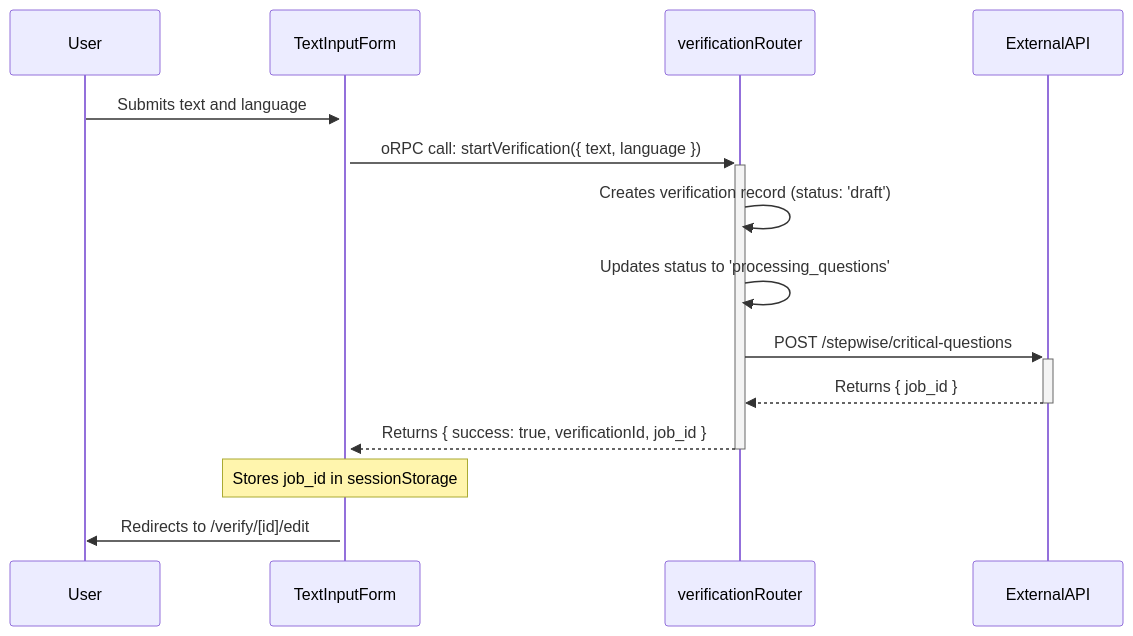
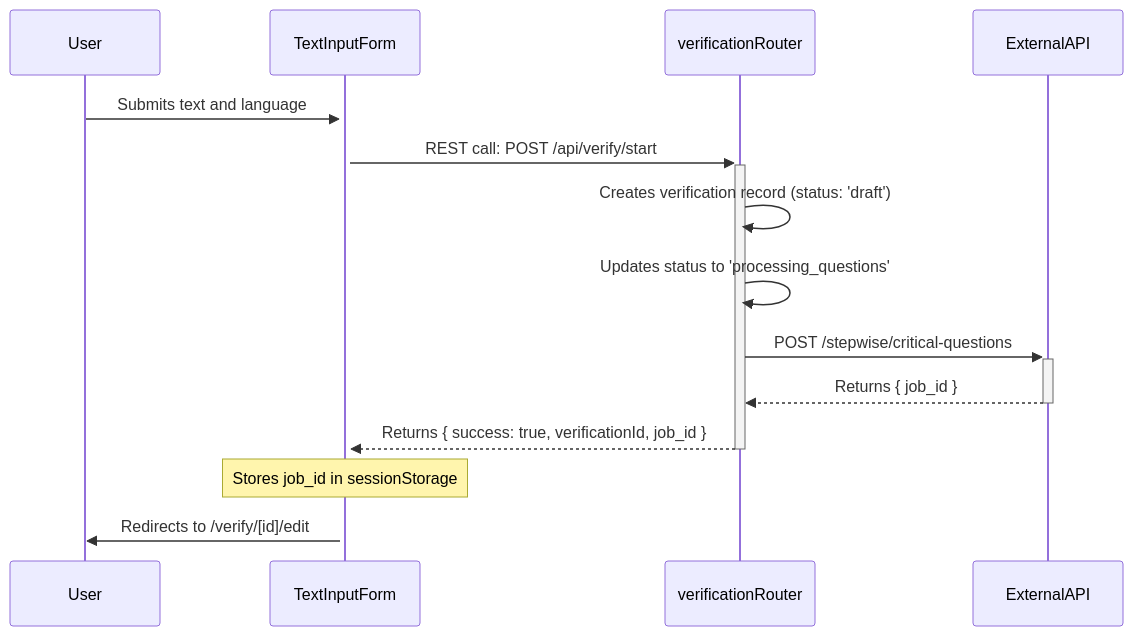
One commit to checkeapp-group/CheckeApp changed the first of 3 diagrams in docs/VERIFICATION.md. Above: the diagram before and after it, drawn with Mermaid. The commit also changed other lines of this file and 5 other files, not shown here.

Commit message:
feat: update API documentation to reflect new endpoints and changes in verification flow

````diff
--- a/docs/VERIFICATION.md
+++ b/docs/VERIFICATION.md
@@ -24,18 +24,18 @@
 ```mermaid
 sequenceDiagram
     participant User
     participant FE as TextInputForm
     participant BE as verificationRouter
     participant ExtAPI as ExternalAPI
 
     User->>+FE: Submits text and language
-    FE->>+BE: oRPC call: startVerification({ text, language })
+    FE->>+BE: REST call: POST /api/verify/start
     BE->>BE: Creates verification record (status: 'draft')
     BE->>BE: Updates status to 'processing_questions'
     BE->>+ExtAPI: POST /stepwise/critical-questions
     ExtAPI-->>-BE: Returns { job_id }
     BE-->>-FE: Returns { success: true, verificationId, job_id }
     Note over FE: Stores job_id in sessionStorage
     FE->>User: Redirects to /verify/[id]/edit
 
 ```
````
